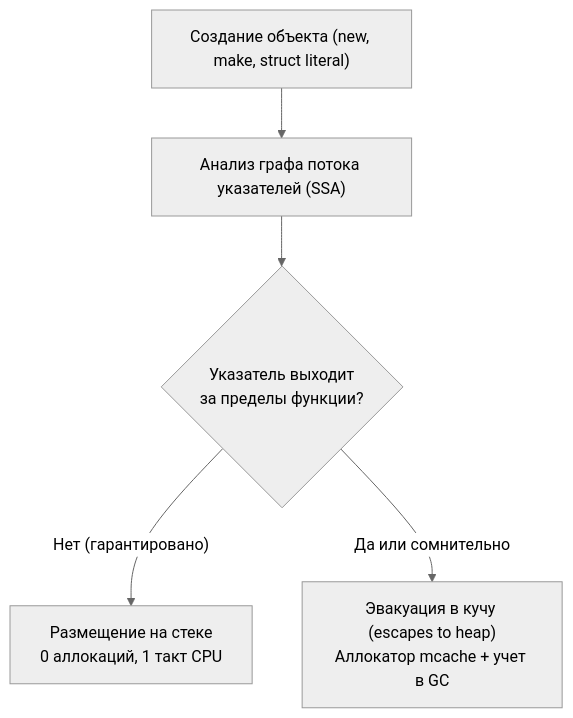
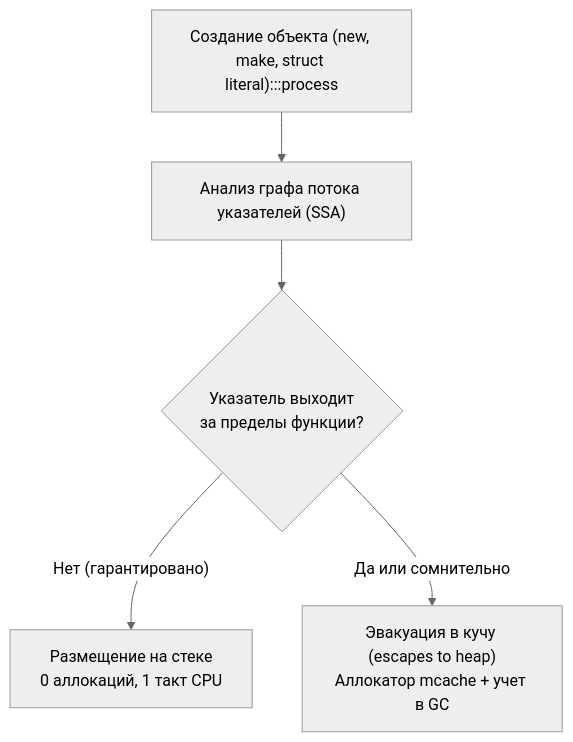
The diagram in sources/16. Профилирование, отладка и производительность/04. Memory profiling/3. Escape analysis.md (UnrealTemplier/go-textbook), drawn with Mermaid (neutral theme) before and after one commit. The commit also changed 1666 other files, not shown here.

First line of the commit message:
feat(mermaid): add semantic color classDef to 1369 colorless flowchart/graph diagrams

````diff
--- a/sources/16. Профилирование, отладка и производительность/04. Memory profiling/3. Escape analysis.md
+++ b/sources/16. Профилирование, отладка и производительность/04. Memory profiling/3. Escape analysis.md
@@ -32,7 +32,17 @@
 ```mermaid
 flowchart TD
-    Init["Создание объекта (new, make, struct literal)"] --> Analyze["Анализ графа потока указателей (SSA)"]
+    classDef process  fill:#1e293b,stroke:#38bdf8,stroke-width:1px,color:#f8fafc
+    classDef success  fill:#064e3b,stroke:#34d399,stroke-width:1px,color:#f8fafc
+    classDef error    fill:#7f1d1d,stroke:#f87171,stroke-width:1px,color:#f8fafc
+    classDef warning  fill:#78350f,stroke:#fbbf24,stroke-width:1px,color:#f8fafc
+    classDef entry    fill:#1e3a5f,stroke:#38bdf8,stroke-width:2px,color:#f8fafc
+    classDef aux      fill:#334155,stroke:#64748b,stroke-width:1px,color:#f8fafc
+    classDef system   fill:#312e81,stroke:#a78bfa,stroke-width:1px,color:#f8fafc
+    classDef data     fill:#132d29,stroke:#2dd4bf,stroke-width:1px,color:#f8fafc
+    classDef network  fill:#881337,stroke:#fb7185,stroke-width:1px,color:#f8fafc
+    classDef accent   fill:#1e1b4b,stroke:#818cf8,stroke-width:1px,color:#f8fafc
+    Init["Создание объекта (new, make, struct literal):::process"] --> Analyze["Анализ графа потока указателей (SSA)"]
     Analyze --> Check{"Указатель выходит<br>за пределы функции?"}
     Check -- "Нет (гарантировано)" --> Stack["Размещение на стеке<br>0 аллокаций, 1 такт CPU"]
     Check -- "Да или сомнительно" --> Heap["Эвакуация в кучу (escapes to heap)<br>Аллокатор mcache + учет в GC"]
 ```
````
